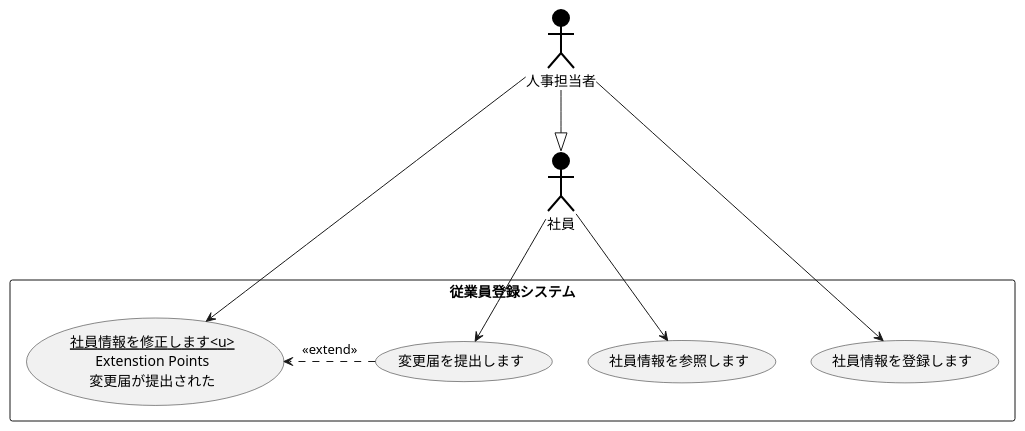
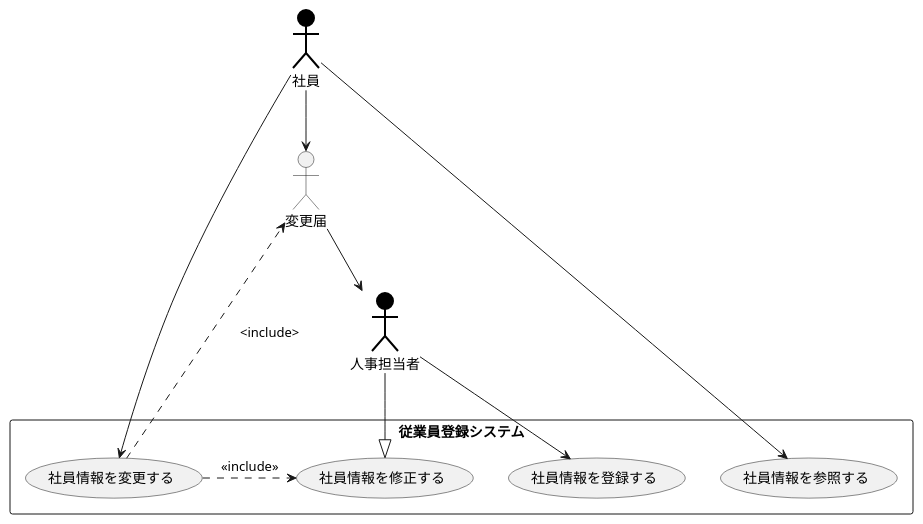
Before and after one commit to IshiYoshi765/uml-introduction: the diagram in 演習2-6_盛岡システム_従業員登録システム.pu, drawn with PlantUML. The commit also changed 1 other file, not shown here.

```diff
--- a/演習2-6_盛岡システム_従業員登録システム.pu
+++ b/演習2-6_盛岡システム_従業員登録システム.pu
@@ -1,16 +1,18 @@
 @startuml ユースケース図
 actor 人事担当者 #000000;line:black;line.bold;
 actor 社員 #000000;line:black;line.bold;
 rectangle 従業員登録システム{
-usecase (<u>社員情報を修正します<u>\nExtenstion Points\n変更届が提出された) as input
-usecase 社員情報を登録します
-usecase 社員情報を参照します
-usecase 変更届を提出します
+usecase 社員情報を変更する
+usecase 社員情報を登録する
+usecase 社員情報を参照する
+usecase 社員情報を修正する
 }
-社員 --> 社員情報を参照します
-社員 --> 変更届を提出します
-人事担当者--> input
-人事担当者 ---> 社員情報を登録します
-人事担当者 --|> 社員
-変更届を提出します .> input: <<extend>>
+社員 --> 社員情報を変更する
+社員 --> 社員情報を参照する
+社員 --> 変更届
+人事担当者 ---> 社員情報を登録する
+人事担当者 --|> 社員情報を修正する
+変更届 --> 人事担当者
+社員情報を変更する .> 変更届:<include>
+社員情報を変更する.> 社員情報を修正する:<<include>>
 @enduml
```
